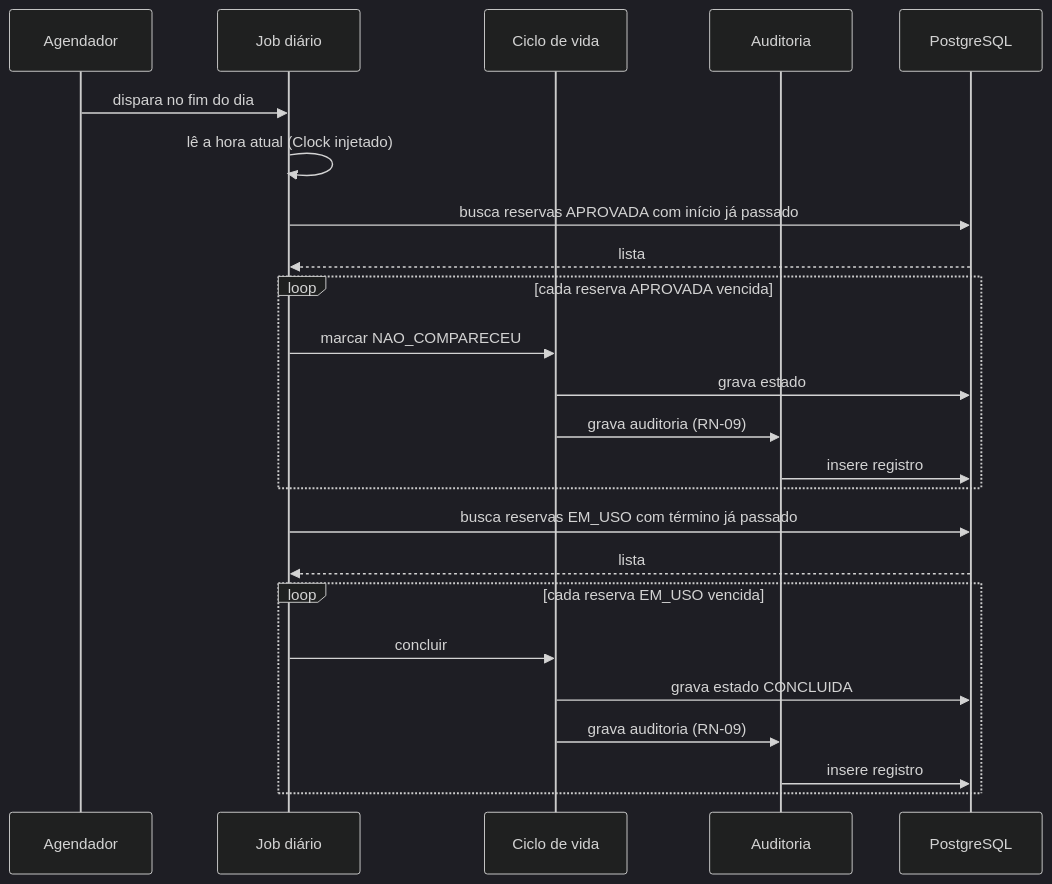
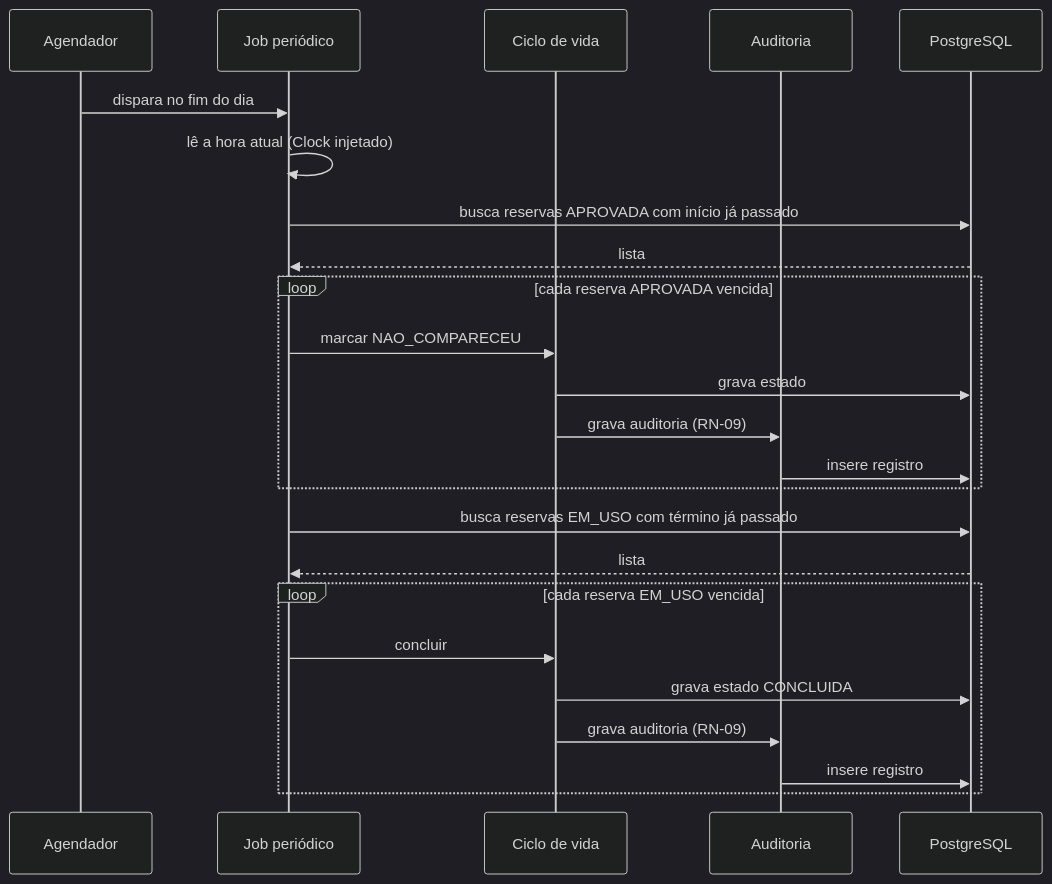
One commit to renatarsilva/projeto-qualidade-software-senac changed the seventh of 8 diagrams in docs/arquitetura.md. Above: the diagram before and after it, drawn with Mermaid (dark theme). The commit also changed other lines of this file and 4 other files, not shown here.

````diff
--- a/docs/arquitetura.md
+++ b/docs/arquitetura.md
@@ -400,30 +400,30 @@
 ```mermaid
 sequenceDiagram
     participant AG as Agendador
-    participant J as Job diário
+    participant J as Job periódico
     participant CV as Ciclo de vida
     participant A as Auditoria
     participant DB as PostgreSQL
 
     AG->>J: dispara no fim do dia
     J->>J: lê a hora atual (Clock injetado)
     J->>DB: busca reservas APROVADA com início já passado
     DB-->>J: lista
 
     loop cada reserva APROVADA vencida
         J->>CV: marcar NAO_COMPARECEU
         CV->>DB: grava estado
         CV->>A: grava auditoria (RN-09)
         A->>DB: insere registro
     end
 
     J->>DB: busca reservas EM_USO com término já passado
     DB-->>J: lista
 
     loop cada reserva EM_USO vencida
         J->>CV: concluir
         CV->>DB: grava estado CONCLUIDA
         CV->>A: grava auditoria (RN-09)
         A->>DB: insere registro
     end
 ```
````
